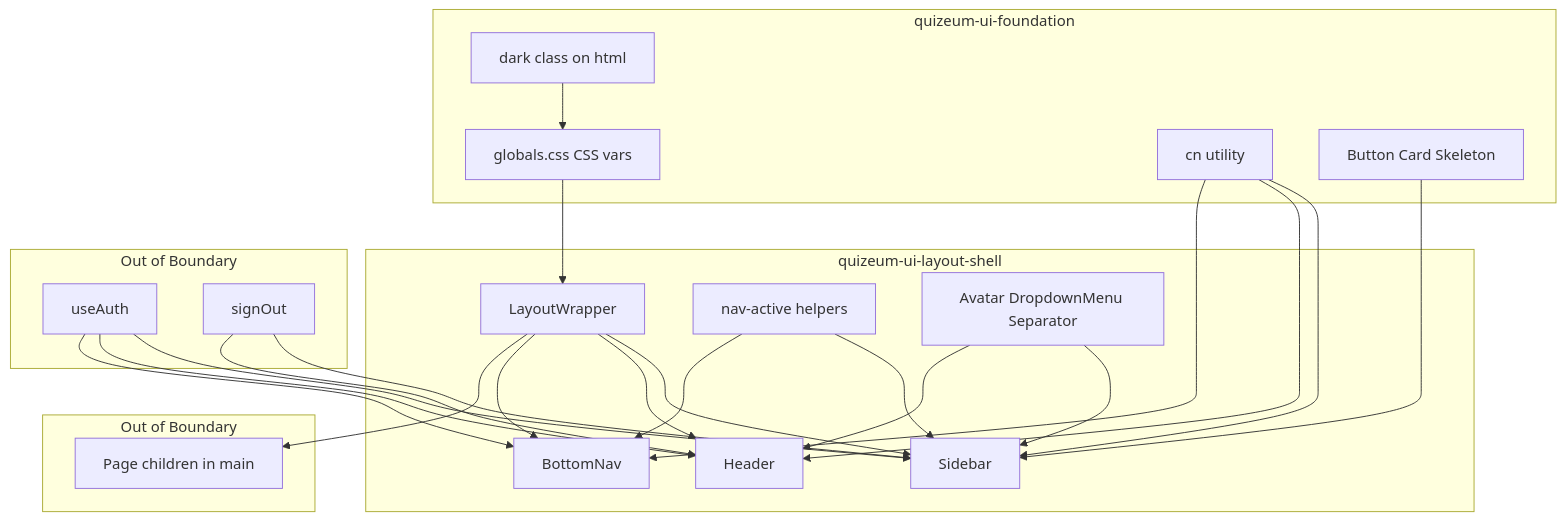
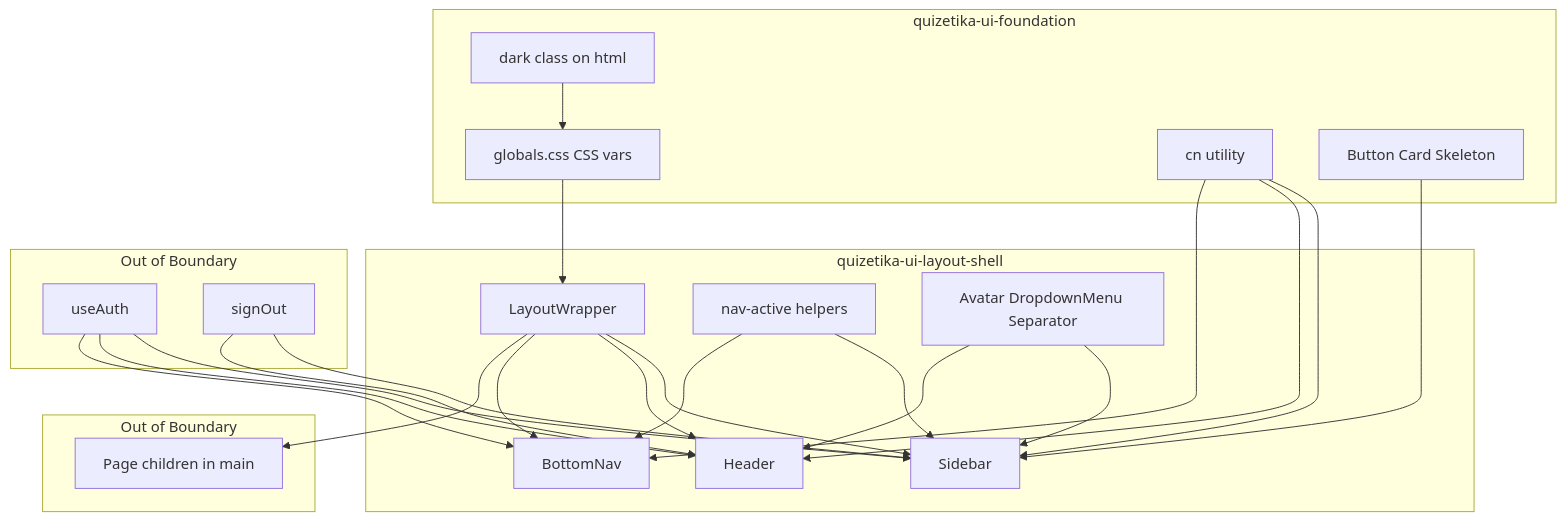
Before and after one commit to npressoworks/quizetika: the first of 4 diagrams in .kiro/specs/quizeum-ui-layout-shell/design.md, drawn with Mermaid. The commit also changed other lines of this file and 207 other files, not shown here.

````diff
--- a/.kiro/specs/quizeum-ui-layout-shell/design.md
+++ b/.kiro/specs/quizeum-ui-layout-shell/design.md
@@ -76,47 +76,47 @@
 ```mermaid
 graph TD
-    subgraph Foundation [quizeum-ui-foundation]
+    subgraph Foundation [quizetika-ui-foundation]
         Globals[globals.css CSS vars]
         CN[cn utility]
         Btn[Button Card Skeleton]
         Theme[dark class on html]
     end
 
-    subgraph Shell [quizeum-ui-layout-shell]
+    subgraph Shell [quizetika-ui-layout-shell]
         LW[LayoutWrapper]
         SB[Sidebar]
         HD[Header]
         BN[BottomNav]
         NavUtils[nav-active helpers]
         ShellUI[Avatar DropdownMenu Separator]
     end
 
     subgraph Auth [Out of Boundary]
         UseAuth[useAuth]
         SignOut[signOut]
     end
 
     subgraph Pages [Out of Boundary]
         Children[Page children in main]
     end
 
     Theme --> Globals
     Globals --> LW
     CN --> SB
     CN --> HD
     CN --> BN
     Btn --> SB
     ShellUI --> SB
     ShellUI --> HD
     UseAuth --> SB
     UseAuth --> HD
     UseAuth --> BN
     SignOut --> SB
     SignOut --> HD
     LW --> SB
     LW --> HD
     LW --> BN
     LW --> Children
     NavUtils --> SB
     NavUtils --> BN
 ```
````
